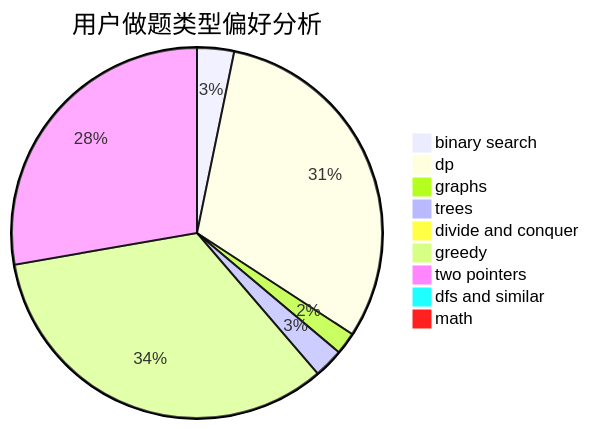
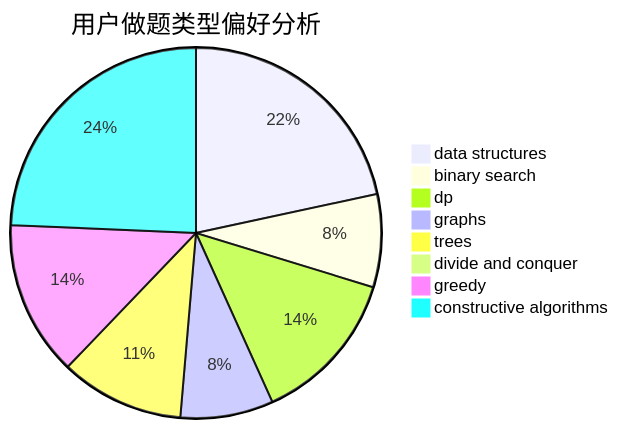
The second of 3 diagrams in docs/user/u1450.md (sherpahu/cfrs.github.io), drawn with Mermaid before and after one commit. The commit also changed other lines of this file and 2775 other files, not shown here.

````diff
--- a/docs/user/u1450.md
+++ b/docs/user/u1450.md
@@ -23,12 +23,11 @@
 ```mermaid
 pie title 用户做题类型偏好分析
-    "binary search" :  5
-    "dp" :  48
+    "data structures" :  8
+    "binary search" :  3
+    "dp" :  5
     "graphs" :  3
     "trees" :  4
     "divide and conquer" :  0
-    "greedy" :  52
-    "two pointers" :  43
-    "dfs and similar" :  0
-    "math" :  0
+    "greedy" :  5
+    "constructive algorithms" :  9
 ```
````
